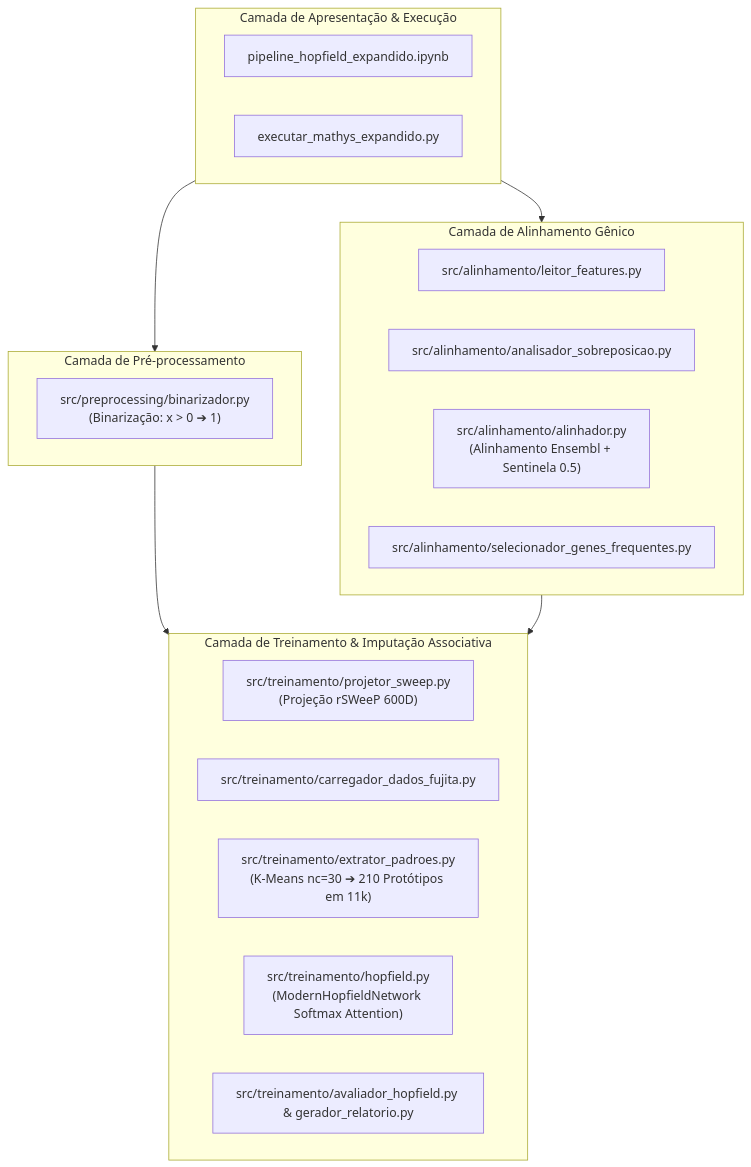
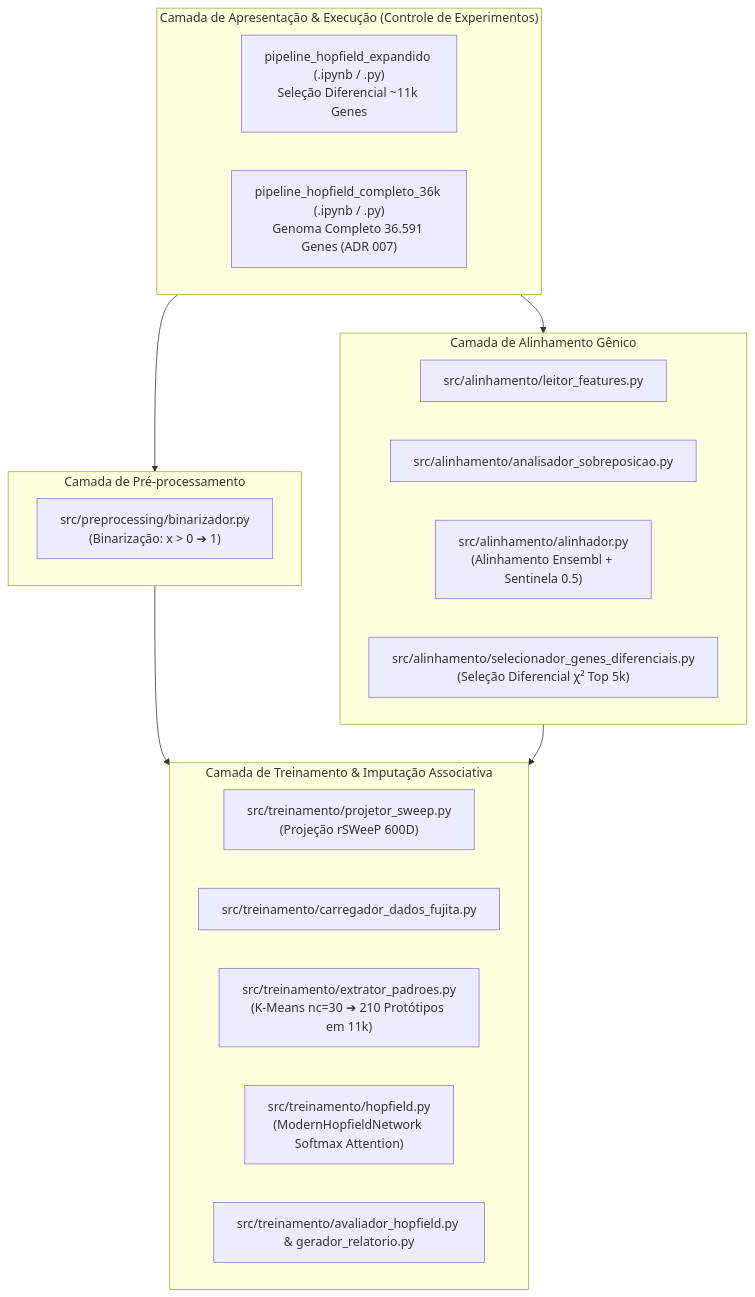
The first of 2 diagrams in second_brain/01_Projetos/pipeline_hopfield_expandido/arquitetura_do_sistema.md (letdevx/pipiline_hopifield), drawn with Mermaid before and after one commit. The commit also changed other lines of this file and 27 other files, not shown here.

````diff
--- a/second_brain/01_Projetos/pipeline_hopfield_expandido/arquitetura_do_sistema.md
+++ b/second_brain/01_Projetos/pipeline_hopfield_expandido/arquitetura_do_sistema.md
@@ -22,31 +22,31 @@
 ```mermaid
 graph TD
-    subgraph Presentation["Camada de Apresentação & Execução"]
-        NB["pipeline_hopfield_expandido.ipynb"]
-        PY["executar_mathys_expandido.py"]
+    subgraph Presentation["Camada de Apresentação & Execução (Controle de Experimentos)"]
+        NB11K["pipeline_hopfield_expandido (.ipynb / .py)<br/>Seleção Diferencial ~11k Genes"]
+        NB36K["pipeline_hopfield_completo_36k (.ipynb / .py)<br/>Genoma Completo 36.591 Genes (ADR 007)"]
     end
 
     subgraph Preprocessing["Camada de Pré-processamento"]
         BIN["src/preprocessing/binarizador.py<br/>(Binarização: x > 0 ➔ 1)"]
     end
 
     subgraph Alignment["Camada de Alinhamento Gênico"]
         LEIT["src/alinhamento/leitor_features.py"]
         SOBR["src/alinhamento/analisador_sobreposicao.py"]
         ALIN["src/alinhamento/alinhador.py<br/>(Alinhamento Ensembl + Sentinela 0.5)"]
-        SELE["src/alinhamento/selecionador_genes_frequentes.py"]
+        SELE["src/alinhamento/selecionador_genes_diferenciais.py<br/>(Seleção Diferencial χ² Top 5k)"]
     end
 
     subgraph Training["Camada de Treinamento & Imputação Associativa"]
         PROJ["src/treinamento/projetor_sweep.py<br/>(Projeção rSWeeP 600D)"]
         CARR["src/treinamento/carregador_dados_fujita.py"]
         EXTR["src/treinamento/extrator_padroes.py<br/>(K-Means nc=30 ➔ 210 Protótipos em 11k)"]
         HOPF["src/treinamento/hopfield.py<br/>(ModernHopfieldNetwork Softmax Attention)"]
         EVAL["src/treinamento/avaliador_hopfield.py & gerador_relatorio.py"]
     end
 
     Presentation --> Preprocessing
     Presentation --> Alignment
     Preprocessing --> Training
     Alignment --> Training
 ```
````
